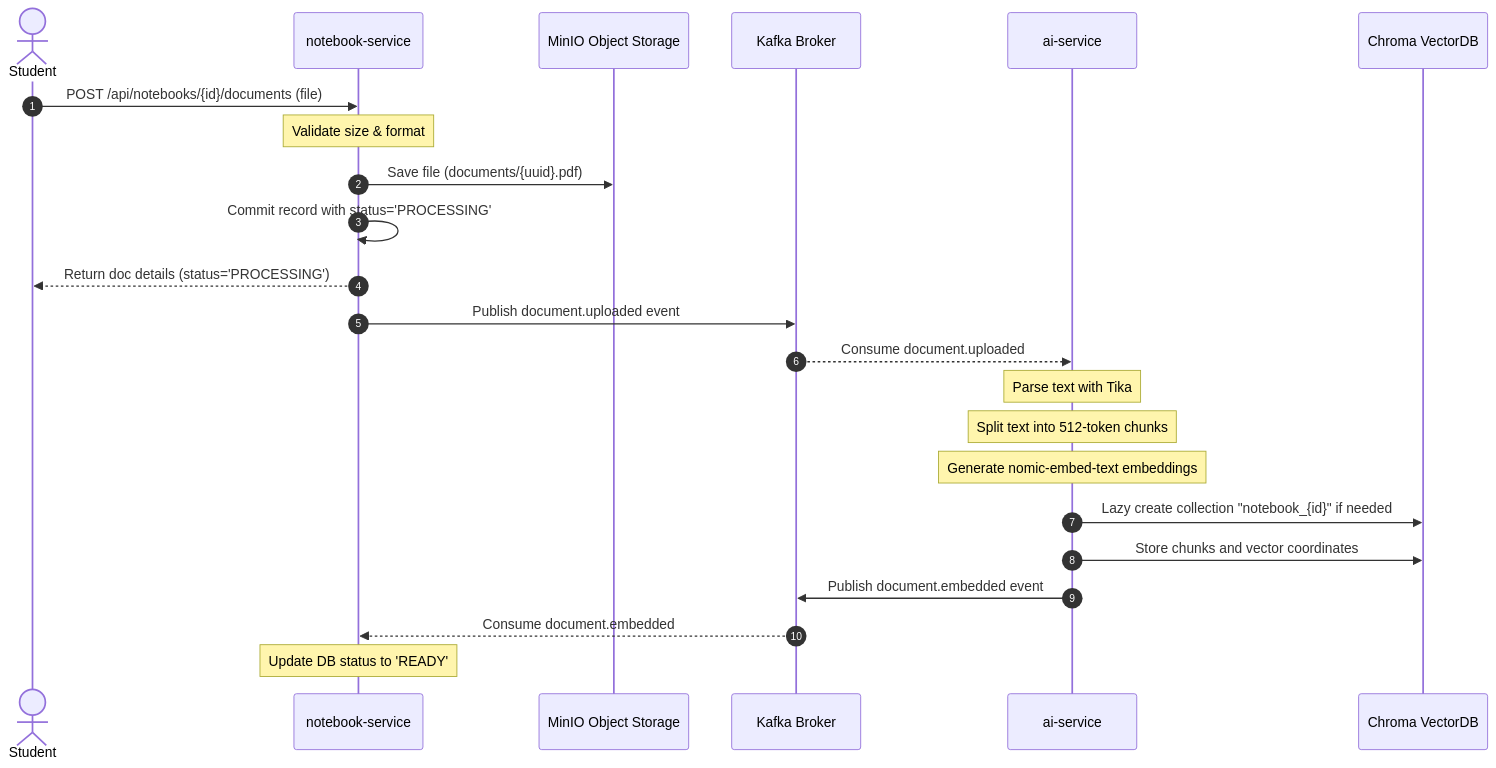
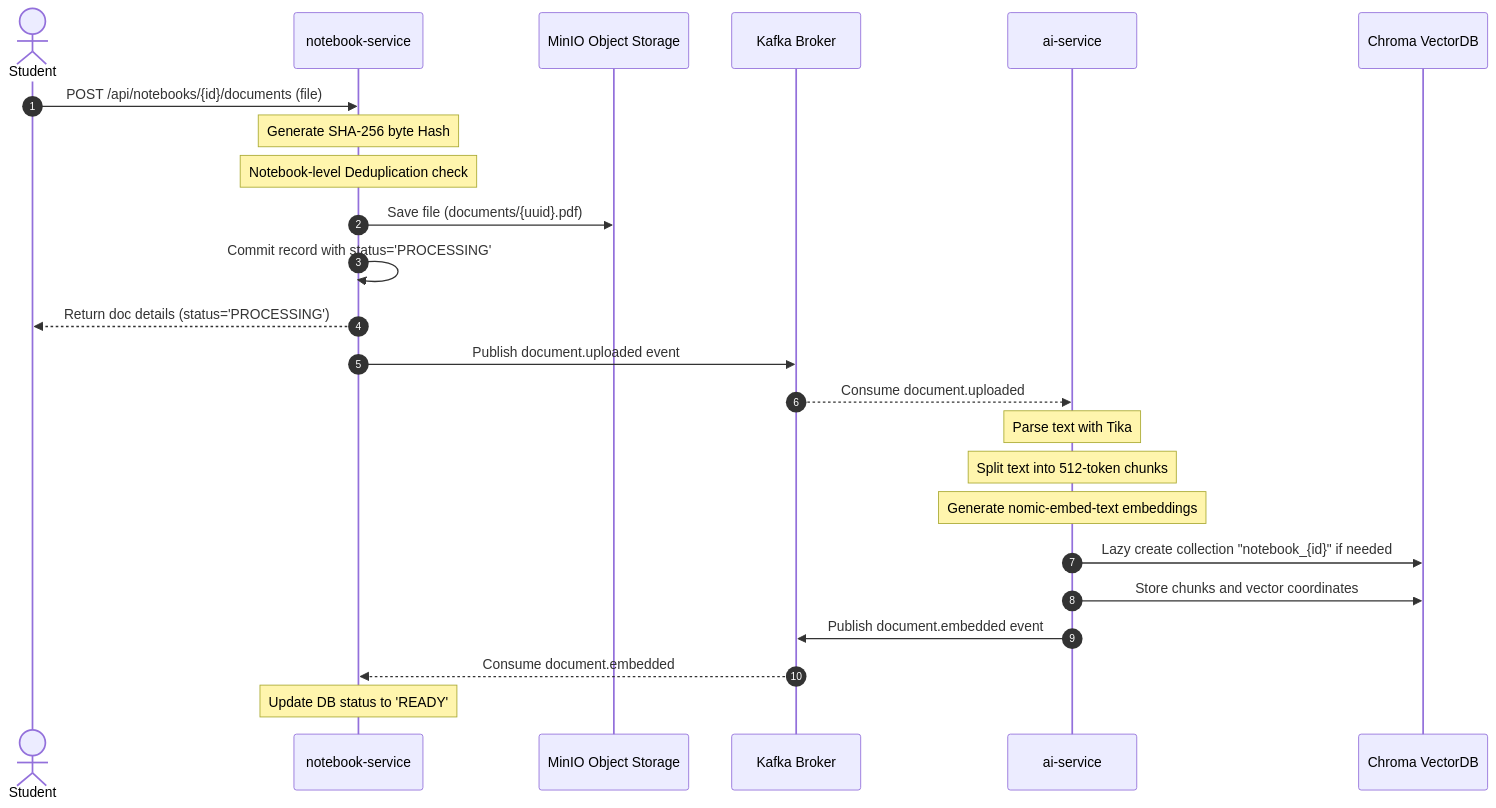
One commit to ulthimanju/capstone changed the first of 5 diagrams in DOC/LLD.md. Above: the diagram before and after it, drawn with Mermaid. The commit also changed other lines of this file and 7 other files, not shown here.

````diff
--- a/DOC/LLD.md
+++ b/DOC/LLD.md
@@ -599,30 +652,31 @@
 ```mermaid
 sequenceDiagram
     autonumber
     actor Student
     participant NotebookSvc as notebook-service
     participant MinIOSvc as MinIO Object Storage
     participant Kafka as Kafka Broker
     participant AISvc as ai-service
     participant Chroma as Chroma VectorDB
 
     Student->>NotebookSvc: POST /api/notebooks/{id}/documents (file)
-    Note over NotebookSvc: Validate size & format
+    Note over NotebookSvc: Generate SHA-256 byte Hash
+    Note over NotebookSvc: Notebook-level Deduplication check
     NotebookSvc->>MinIOSvc: Save file (documents/{uuid}.pdf)
     NotebookSvc->>NotebookSvc: Commit record with status='PROCESSING'
     NotebookSvc-->>Student: Return doc details (status='PROCESSING')
     
     NotebookSvc->>Kafka: Publish document.uploaded event
     
     Kafka-->>AISvc: Consume document.uploaded
     Note over AISvc: Parse text with Tika
     Note over AISvc: Split text into 512-token chunks
     Note over AISvc: Generate nomic-embed-text embeddings
     AISvc->>Chroma: Lazy create collection "notebook_{id}" if needed
     AISvc->>Chroma: Store chunks and vector coordinates
     
     AISvc->>Kafka: Publish document.embedded event
     
     Kafka-->>NotebookSvc: Consume document.embedded
     Note over NotebookSvc: Update DB status to 'READY'
 ```
````
